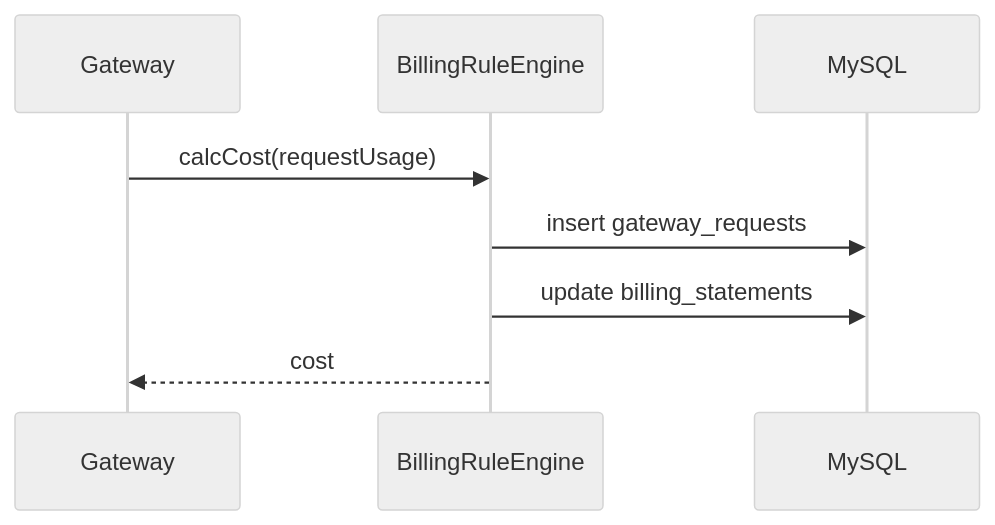
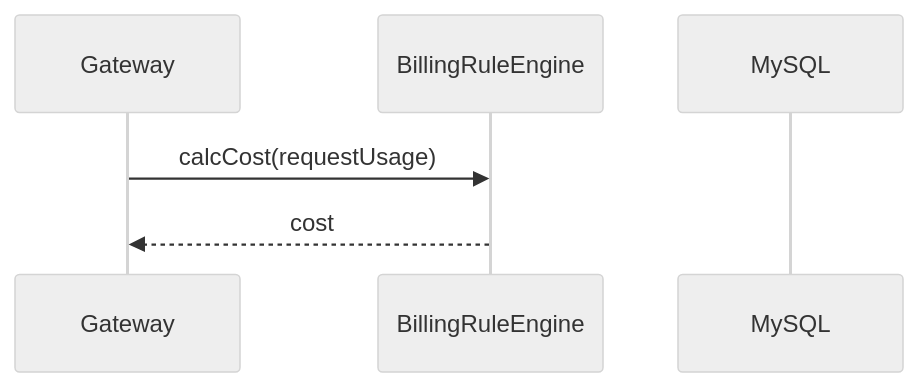
Diagram 12 of 22 in docs/tech/开发落地手册-模块详细设计.md (zhyea/knot), drawn with Mermaid (neutral theme) before and after one commit. The commit also changed other lines of this file and 223 other files, not shown here.

````diff
--- a/docs/tech/开发落地手册-模块详细设计.md
+++ b/docs/tech/开发落地手册-模块详细设计.md
@@ -265,10 +265,8 @@
 ```mermaid
 sequenceDiagram
 participant GW as Gateway
 participant BRE as BillingRuleEngine
 participant DB as MySQL
 GW->>BRE: calcCost(requestUsage)
-BRE->>DB: insert gateway_requests
-BRE->>DB: update billing_statements
 BRE-->>GW: cost
 ```
````
